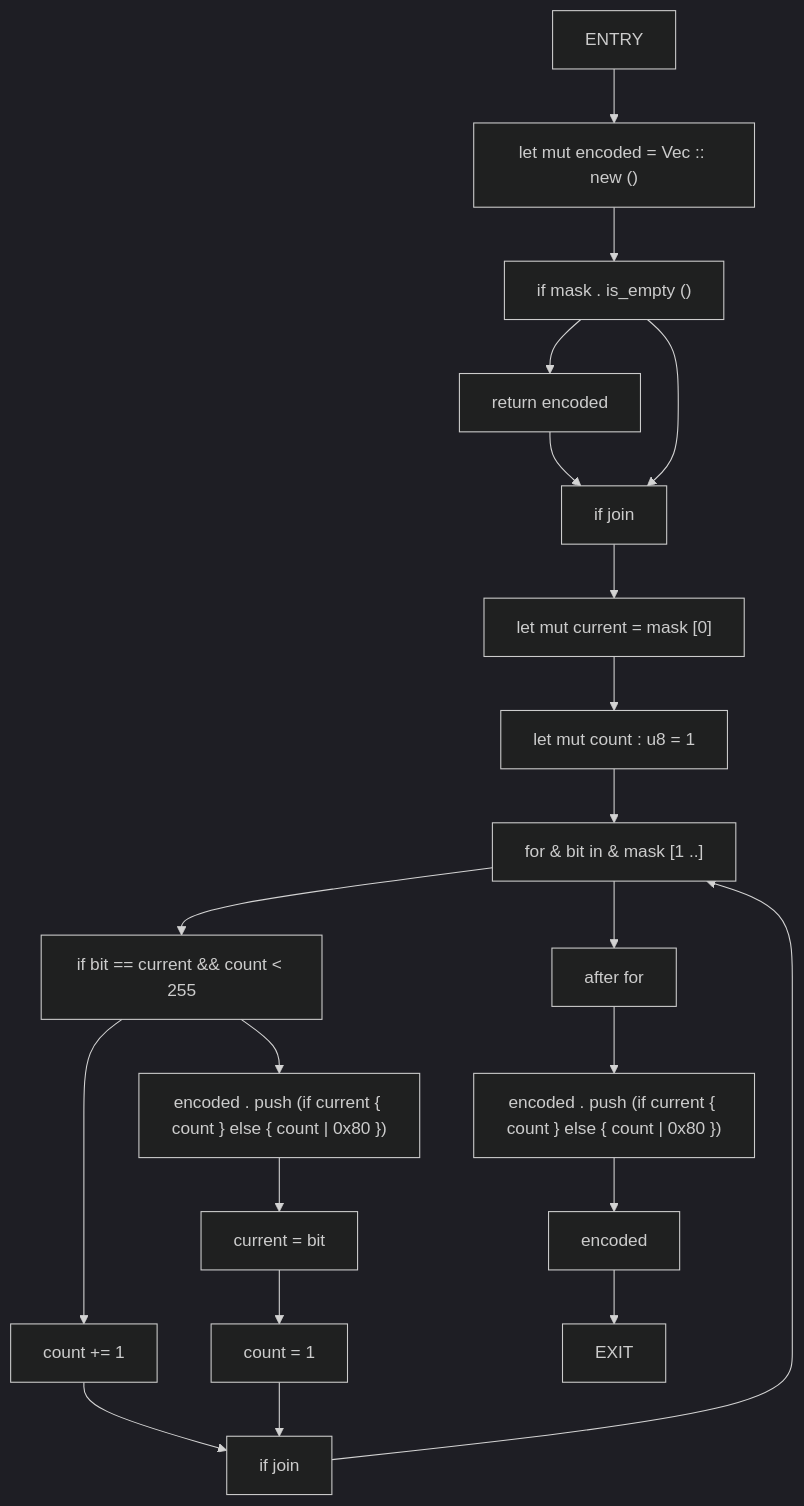
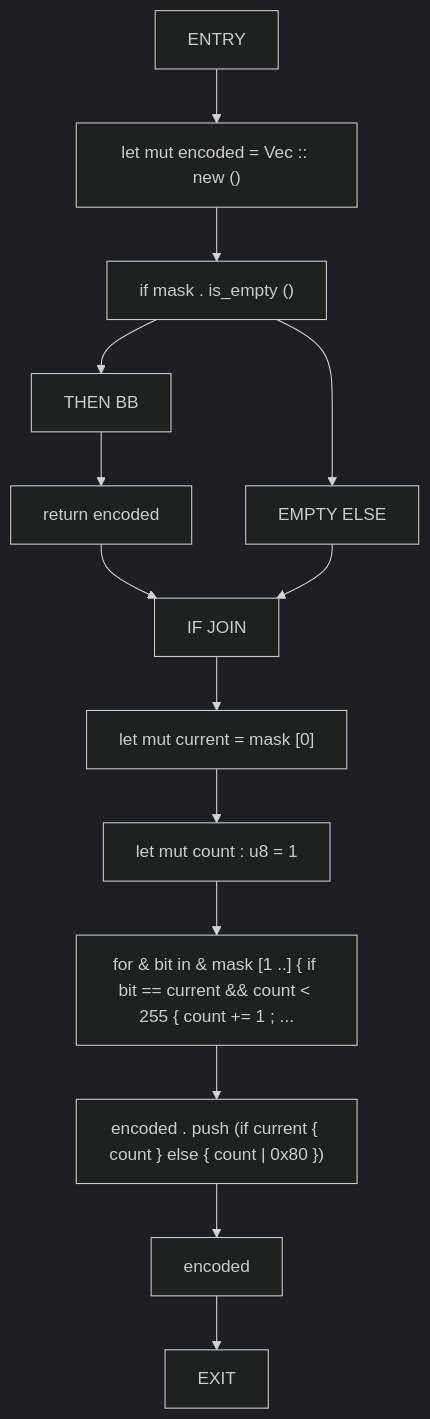
One commit to cicero-violate/MMSB changed diagram 12 of 40 in docs/analysis/cfg/010-src-01_page.md. Above: the diagram before and after it, drawn with Mermaid (dark theme). The commit also changed other lines of this file and 865 other files, not shown here.

````diff
--- a/docs/analysis/cfg/010-src-01_page.md
+++ b/docs/analysis/cfg/010-src-01_page.md
@@ -410,41 +309,29 @@
 ```mermaid
 flowchart TD
     encode_rle_0["ENTRY"]
     encode_rle_1["let mut encoded = Vec :: new ()"]
     encode_rle_2["if mask . is_empty ()"]
-    encode_rle_3["return encoded"]
-    encode_rle_4["if join"]
-    encode_rle_5["let mut current = mask [0]"]
-    encode_rle_6["let mut count : u8 = 1"]
-    encode_rle_7["for & bit in & mask [1 ..]"]
-    encode_rle_8["if bit == current && count < 255"]
-    encode_rle_9["count += 1"]
+    encode_rle_3["THEN BB"]
+    encode_rle_4["return encoded"]
+    encode_rle_5["EMPTY ELSE"]
+    encode_rle_6["IF JOIN"]
+    encode_rle_7["let mut current = mask [0]"]
+    encode_rle_8["let mut count : u8 = 1"]
+    encode_rle_9["for & bit in & mask [1 ..] { if bit == current && count < 255 { count += 1 ; ..."]
     encode_rle_10["encoded . push (if current { count } else { count | 0x80 })"]
-    encode_rle_11["current = bit"]
-    encode_rle_12["count = 1"]
-    encode_rle_13["if join"]
-    encode_rle_14["after for"]
-    encode_rle_15["encoded . push (if current { count } else { count | 0x80 })"]
-    encode_rle_16["encoded"]
-    encode_rle_17["EXIT"]
+    encode_rle_11["encoded"]
+    encode_rle_12["EXIT"]
     encode_rle_0 --> encode_rle_1
     encode_rle_1 --> encode_rle_2
     encode_rle_2 --> encode_rle_3
     encode_rle_3 --> encode_rle_4
-    encode_rle_2 --> encode_rle_4
-    encode_rle_4 --> encode_rle_5
+    encode_rle_2 --> encode_rle_5
+    encode_rle_4 --> encode_rle_6
     encode_rle_5 --> encode_rle_6
     encode_rle_6 --> encode_rle_7
     encode_rle_7 --> encode_rle_8
     encode_rle_8 --> encode_rle_9
-    encode_rle_8 --> encode_rle_10
+    encode_rle_9 --> encode_rle_10
     encode_rle_10 --> encode_rle_11
     encode_rle_11 --> encode_rle_12
-    encode_rle_9 --> encode_rle_13
-    encode_rle_12 --> encode_rle_13
-    encode_rle_13 --> encode_rle_7
-    encode_rle_7 --> encode_rle_14
-    encode_rle_14 --> encode_rle_15
-    encode_rle_15 --> encode_rle_16
-    encode_rle_16 --> encode_rle_17
 ```
````
